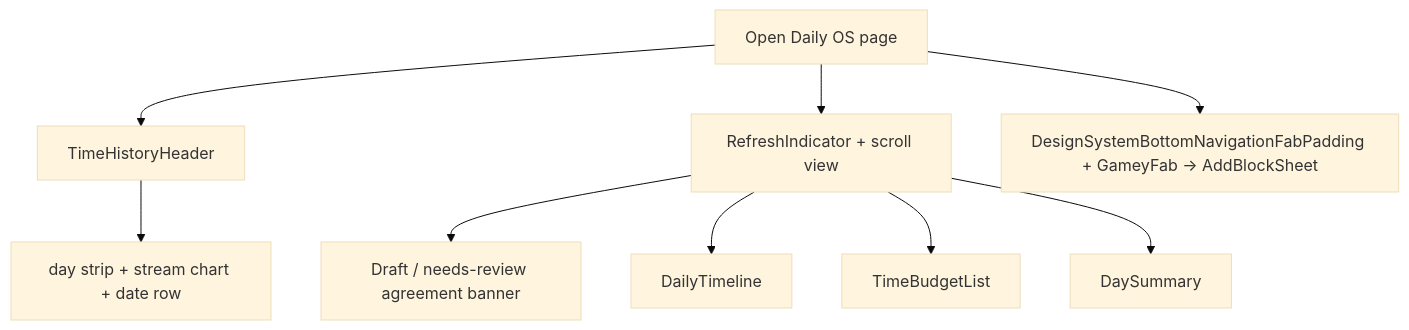
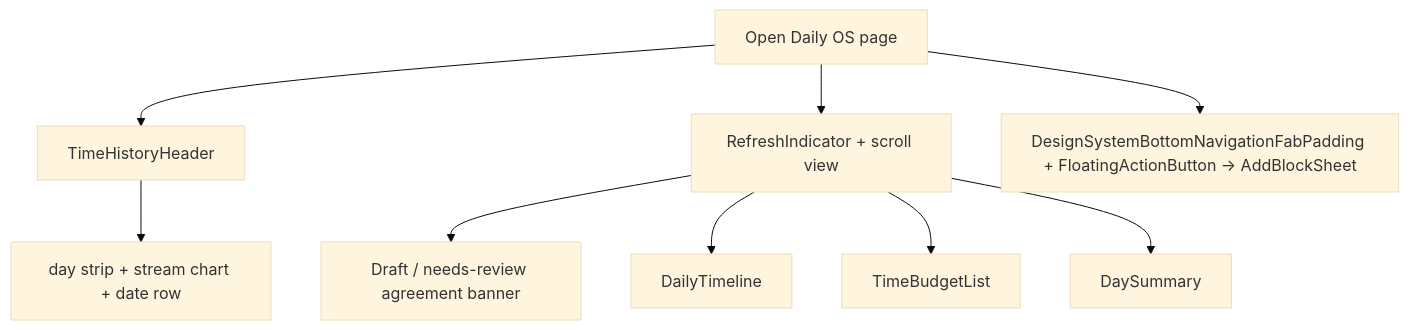
The third of 7 diagrams in lib/features/daily_os/README.md (matthiasn/lotti), drawn with Mermaid (base theme) before and after one commit. The commit also changed 68 other files, not shown here.

````diff
--- a/lib/features/daily_os/README.md
+++ b/lib/features/daily_os/README.md
@@ -106,11 +106,11 @@
 ```mermaid
 flowchart TD
   Open["Open Daily OS page"] --> Header["TimeHistoryHeader"]
   Header --> HeaderBits["day strip + stream chart + date row"]
   Open --> Body["RefreshIndicator + scroll view"]
   Body --> Banner["Draft / needs-review agreement banner"]
   Body --> Timeline["DailyTimeline"]
   Body --> Budgets["TimeBudgetList"]
   Body --> Summary["DaySummary"]
-  Open --> FAB["DesignSystemBottomNavigationFabPadding + GameyFab -> AddBlockSheet"]
+  Open --> FAB["DesignSystemBottomNavigationFabPadding + FloatingActionButton -> AddBlockSheet"]
 ```
````
